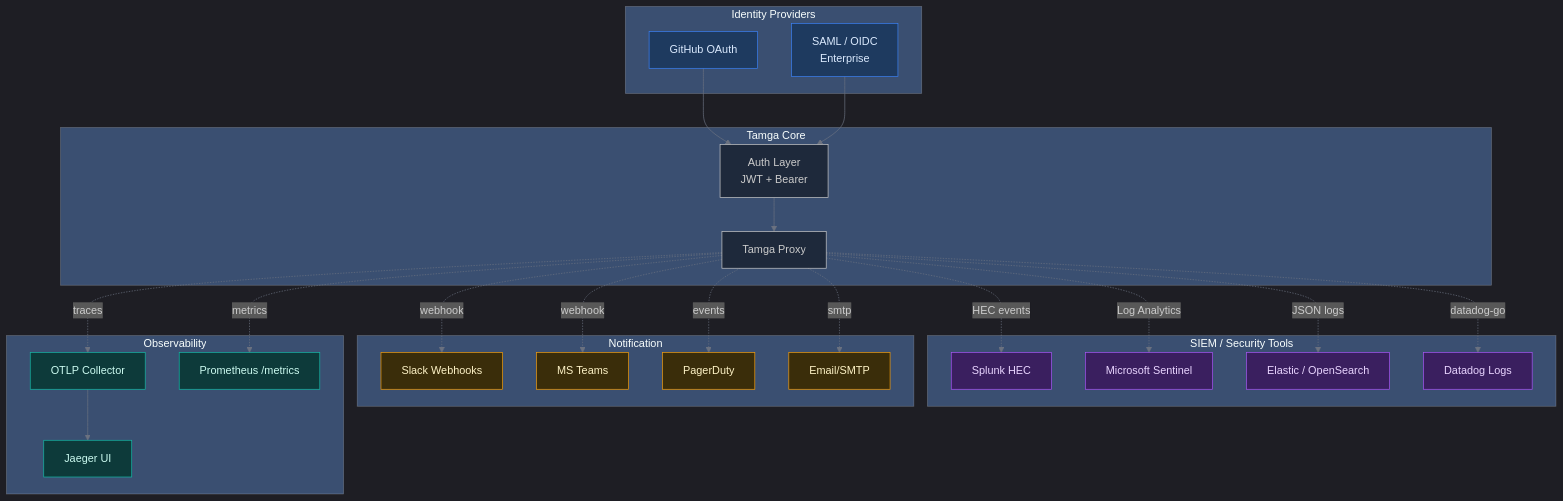
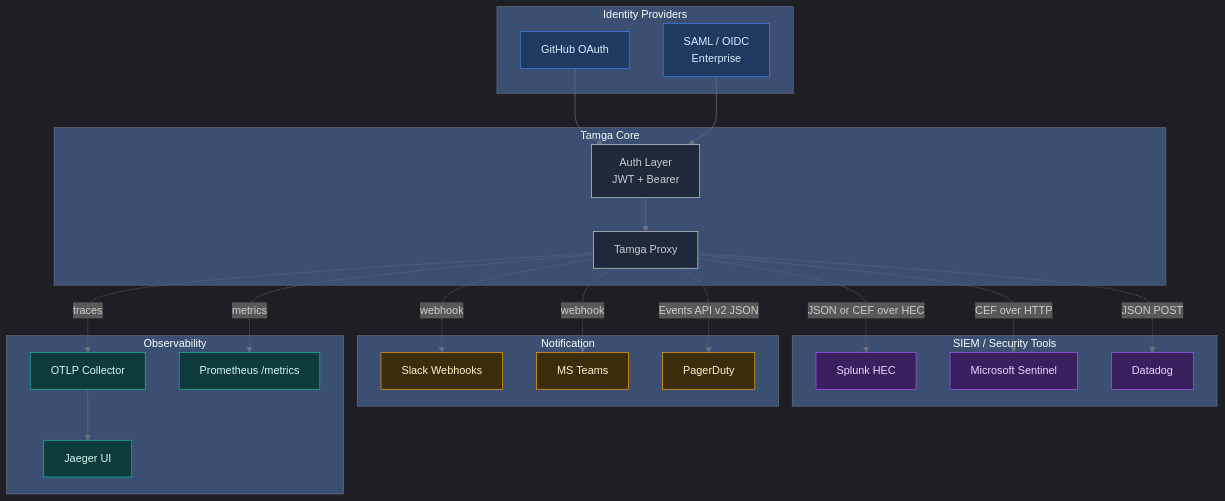
One commit to yatuk/tamga changed the fifth of 6 diagrams in docs/architecture/README.md. Above: the diagram before and after it, drawn with Mermaid. The commit also changed other lines of this file and 3 other files, not shown here.

First line of the commit message:
docs: describe the budget, the chart and the test coverage that exist

````diff
--- a/docs/architecture/README.md
+++ b/docs/architecture/README.md
@@ -283,71 +287,67 @@
 ```mermaid
 %%{init: {
   'theme': 'dark',
   'themeVariables': {
     'primaryColor': '#1e3a5f',
     'primaryTextColor': '#dbeafe',
     'primaryBorderColor': '#3b82f6',
     'lineColor': '#6b7280',
     'background': '#0f172a',
     'mainBkg': '#1e293b'
   }
 }}%%
 graph TB
     subgraph "Identity Providers"
         Github[GitHub OAuth]
         SAML[SAML / OIDC<br/>Enterprise]
     end
 
     subgraph "Tamga Core"
         Proxy[Tamga Proxy]
         Auth[Auth Layer<br/>JWT + Bearer]
     end
 
     subgraph "SIEM / Security Tools"
         Splunk[Splunk HEC]
         Sentinel[Microsoft Sentinel]
-        Elastic[Elastic / OpenSearch]
-        Datadog[Datadog Logs]
+        Datadog[Datadog]
     end
 
     subgraph "Notification"
         Slack[Slack Webhooks]
         Teams[MS Teams]
         PagerDuty[PagerDuty]
-        Email[Email/SMTP]
     end
 
     subgraph "Observability"
         OTLP[OTLP Collector]
         Prometheus[Prometheus /metrics]
         Jaeger[Jaeger UI]
     end
 
     Github --> Auth
     SAML --> Auth
     Auth --> Proxy
 
-    Proxy -.->|HEC events| Splunk
-    Proxy -.->|Log Analytics| Sentinel
-    Proxy -.->|JSON logs| Elastic
-    Proxy -.->|datadog-go| Datadog
+    Proxy -.->|JSON or CEF over HEC| Splunk
+    Proxy -.->|CEF over HTTP| Sentinel
+    Proxy -.->|JSON POST| Datadog
 
     Proxy -.->|webhook| Slack
     Proxy -.->|webhook| Teams
-    Proxy -.->|events| PagerDuty
-    Proxy -.->|smtp| Email
+    Proxy -.->|Events API v2 JSON| PagerDuty
 
     Proxy -.->|traces| OTLP
     Proxy -.->|metrics| Prometheus
     OTLP --> Jaeger
 
     classDef idp fill:#1e3a5f,stroke:#3b82f6,color:#dbeafe
     classDef siem fill:#3a1f5f,stroke:#a855f7,color:#e9d5ff
     classDef notif fill:#3a2d0a,stroke:#f59e0b,color:#fef3c7
     classDef obs fill:#0d3a3a,stroke:#14b8a6,color:#ccfbf1
 
     class Github,SAML idp
-    class Splunk,Sentinel,Elastic,Datadog siem
-    class Slack,Teams,PagerDuty,Email notif
+    class Splunk,Sentinel,Datadog siem
+    class Slack,Teams,PagerDuty notif
     class OTLP,Prometheus,Jaeger obs
 ```
````
